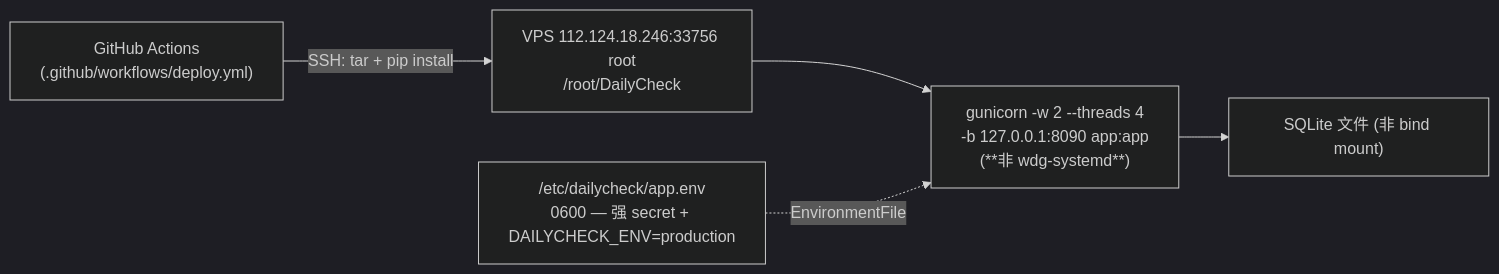
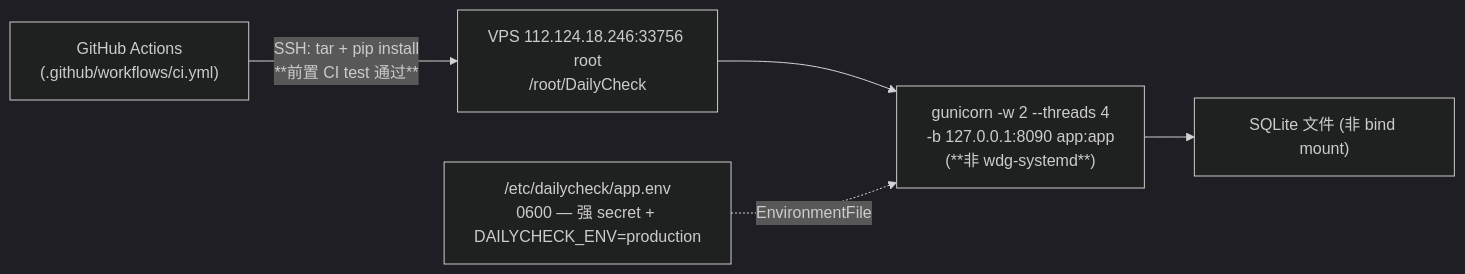
The third of 17 diagrams in docs/ARCHITECTURE.md (ericmr1981/DailyCheck), drawn with Mermaid (dark theme) before and after one commit. The commit also changed other lines of this file and 4 other files, not shown here.

First line of the commit message:
ci: 新增 CI 门禁（ruff 增量 + pytest 零新增失败断言 + deploy needs test）

````diff
--- a/docs/ARCHITECTURE.md
+++ b/docs/ARCHITECTURE.md
@@ -114,13 +114,13 @@
 ```mermaid
 flowchart LR
-    GitHub["GitHub Actions<br/>(.github/workflows/deploy.yml)"]
+    GitHub["GitHub Actions<br/>(.github/workflows/ci.yml)"]
     VPS["VPS 112.124.18.246:33756 root<br/>/root/DailyCheck"]
     Gunicorn["gunicorn -w 2 --threads 4<br/>-b 127.0.0.1:8090 app:app<br/>(**非 wdg-systemd**)"]
     SQLite["SQLite 文件 (非 bind mount)"]
     Secrets["/etc/dailycheck/app.env<br/>0600 — 强 secret + DAILYCHECK_ENV=production"]
 
-    GitHub -->|SSH: tar + pip install| VPS
+    GitHub -->|SSH: tar + pip install<br/>**前置 CI test 通过**| VPS
     VPS --> Gunicorn
     Gunicorn --> SQLite
     Secrets -.->|EnvironmentFile| Gunicorn
 ```
````
